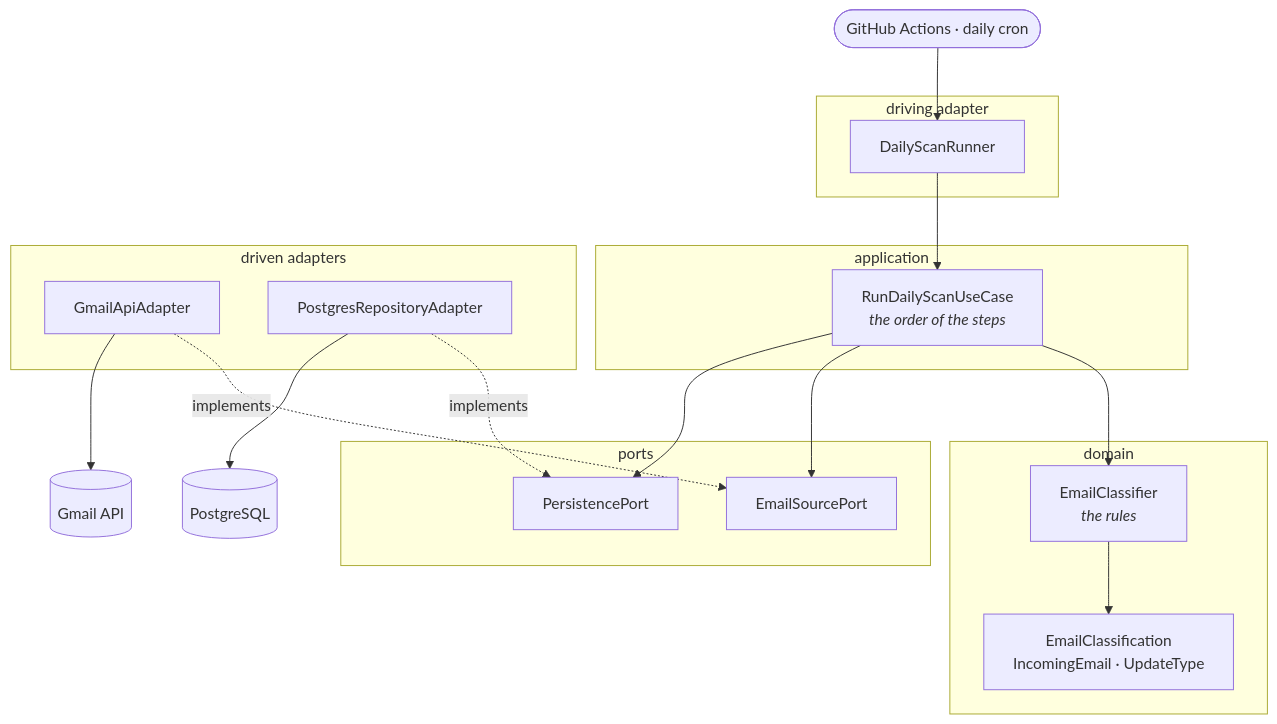
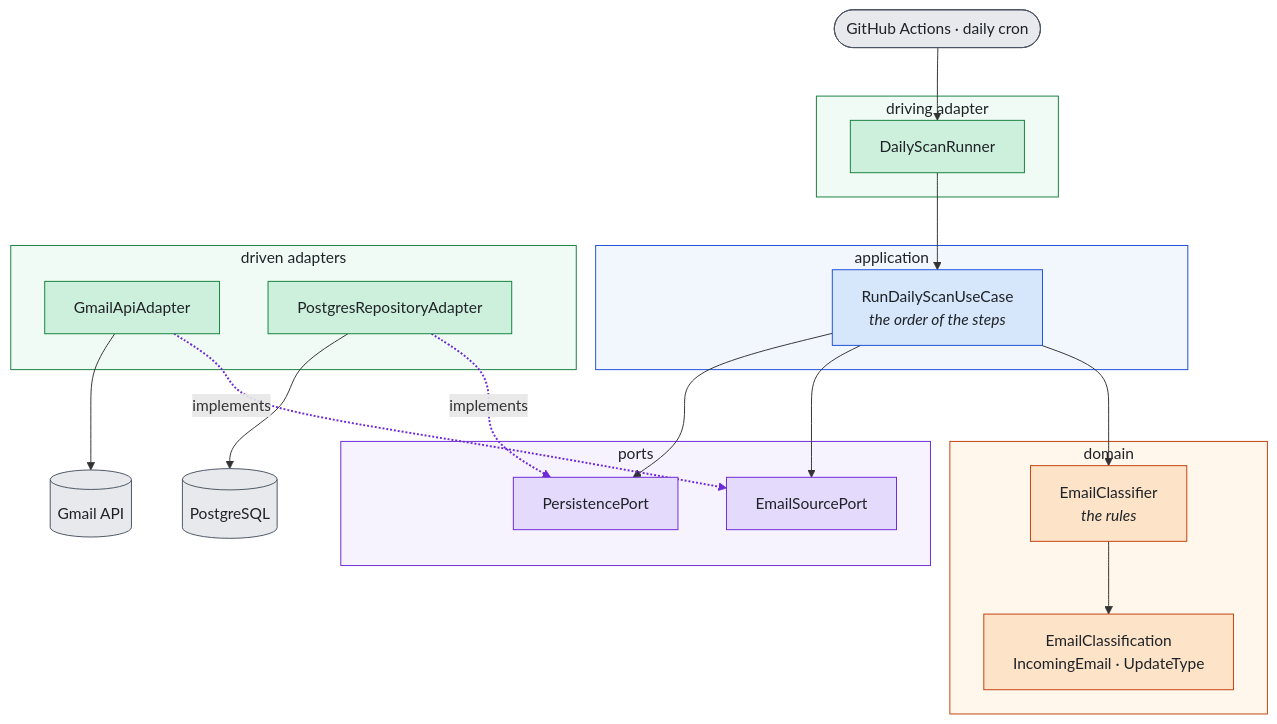
Before and after one commit to nathan00pdl/job-application-email-tracker: the diagram in README.md, drawn with Mermaid. The commit also changed other lines of this file, not shown here.

Commit message:
docs: give the architecture diagram a deliberate palette
The diagram relied on Mermaid's defaults, which read poorly on GitHub and change
with the reader's light or dark theme.

Every node and every subgraph now sets fill, stroke and text colour explicitly,
so it renders the same either way. Text is pinned to a dark colour against light
fills rather than left to inherit, which is what broke in dark mode.

The colours are not decoration: orange is the domain, blue the application,
purple the ports, green the adapters, grey anything outside this codebase. A
reader can see which layer a box belongs to before reading its name.

The two "implements" arrows are drawn in the ports colour and slightly thicker.
They are the only ones pointing back inwards, and they carry the idea the whole
layout exists for.

````diff
--- a/README.md
+++ b/README.md
@@ -9,37 +9,55 @@
 ```mermaid
 flowchart TB
-    cron([GitHub Actions · daily cron]) --> runner
+    cron([GitHub Actions · daily cron]):::outside
 
-    subgraph driving["driving adapter"]
-        runner["DailyScanRunner"]
+    subgraph sgDriving["driving adapter"]
+        runner["DailyScanRunner"]:::adapter
     end
 
-    subgraph application["application"]
-        usecase["RunDailyScanUseCase<br/><i>the order of the steps</i>"]
+    subgraph sgApp["application"]
+        usecase["RunDailyScanUseCase<br/><i>the order of the steps</i>"]:::app
     end
 
-    subgraph domain["domain"]
-        classifier["EmailClassifier<br/><i>the rules</i>"]
-        model["EmailClassification<br/>IncomingEmail · UpdateType"]
+    subgraph sgDomain["domain"]
+        classifier["EmailClassifier<br/><i>the rules</i>"]:::domain
+        model["EmailClassification<br/>IncomingEmail · UpdateType"]:::domain
     end
 
-    subgraph ports["ports"]
-        source["EmailSourcePort"]
-        store["PersistencePort"]
+    subgraph sgPorts["ports"]
+        source["EmailSourcePort"]:::port
+        store["PersistencePort"]:::port
     end
 
-    subgraph driven["driven adapters"]
-        gmail["GmailApiAdapter"]
-        postgres["PostgresRepositoryAdapter"]
+    subgraph sgDriven["driven adapters"]
+        gmail["GmailApiAdapter"]:::adapter
+        postgres["PostgresRepositoryAdapter"]:::adapter
     end
 
+    gmailapi[(Gmail API)]:::outside
+    db[(PostgreSQL)]:::outside
+
+    cron --> runner
     runner --> usecase
     usecase --> classifier
     usecase --> source
     usecase --> store
     classifier --> model
     gmail -. implements .-> source
     postgres -. implements .-> store
-    gmail --> gmailapi[(Gmail API)]
-    postgres --> db[(PostgreSQL)]
+    gmail --> gmailapi
+    postgres --> db
+
+    classDef domain  fill:#FDE3C8,stroke:#C2410C,color:#1F2328
+    classDef app     fill:#D6E6FB,stroke:#1D4ED8,color:#1F2328
+    classDef port    fill:#E4DAFC,stroke:#6D28D9,color:#1F2328
+    classDef adapter fill:#CDF0DC,stroke:#15803D,color:#1F2328
+    classDef outside fill:#E7E9EC,stroke:#4B5563,color:#1F2328
+
+    style sgDomain  fill:#FFF6EC,stroke:#C2410C,color:#1F2328
+    style sgApp     fill:#F2F7FE,stroke:#1D4ED8,color:#1F2328
+    style sgPorts   fill:#F6F2FE,stroke:#6D28D9,color:#1F2328
+    style sgDriving fill:#F1FBF5,stroke:#15803D,color:#1F2328
+    style sgDriven  fill:#F1FBF5,stroke:#15803D,color:#1F2328
+
+    linkStyle 6,7 stroke:#6D28D9,stroke-width:2px
 ```
````
